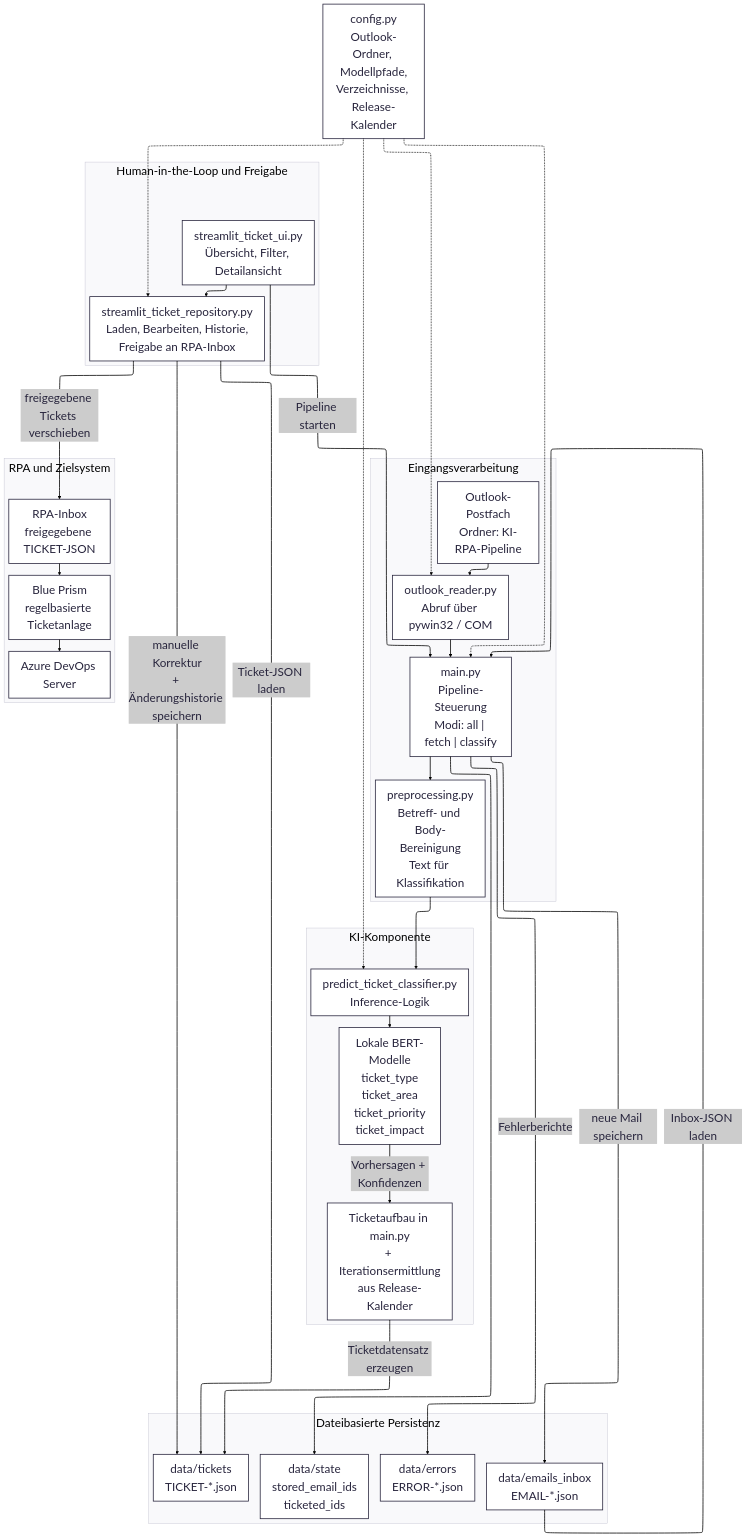
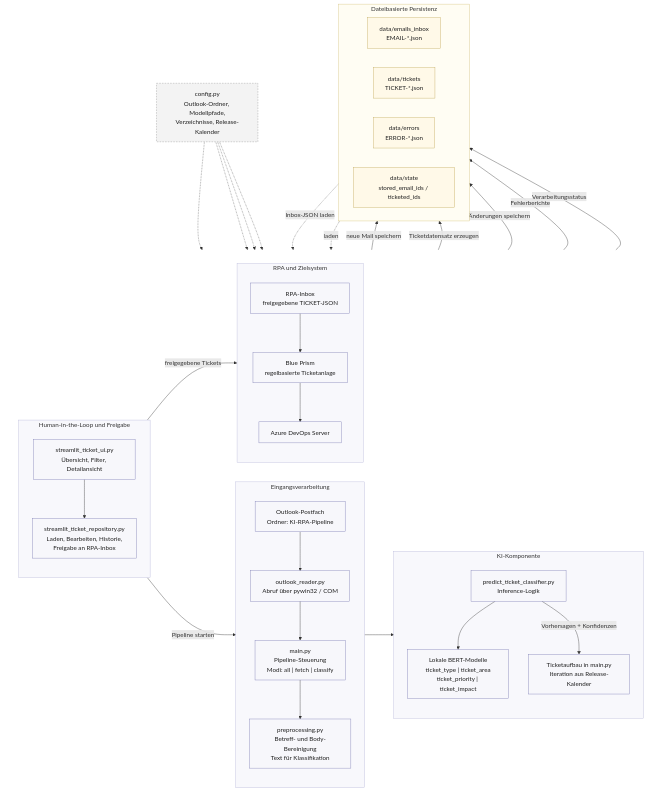
Before and after one commit to Alexbbeine/KI-RPA-Pipeline: the diagram in README.md, drawn with Mermaid.

Commit message:
added style to Systemübersicht

````diff
--- a/README.md
+++ b/README.md
@@ -95,60 +95,88 @@
 ```mermaid
----
-config:
-  layout: elk
-  theme: redux
-  look: classic
-  themeVariables:
-    fontSize: 30px
----
 flowchart TB
- subgraph IN["Eingangsverarbeitung"]
-    direction TB
-        outlook["Outlook-Postfach<br>Ordner: KI-RPA-Pipeline"]
-        reader["outlook_reader.py<br>Abruf über pywin32 / COM"]
-        main["main.py<br>Pipeline-Steuerung<br>Modi: all | fetch | classify"]
-        pre["preprocessing.py<br>Betreff- und Body-Bereinigung<br>Text für Klassifikation"]
+
+  classDef component fill:#f7f7fb,stroke:#7a7ab3,stroke-width:1px,color:#1f1f1f;
+  classDef storage fill:#fff9e8,stroke:#c1a85a,stroke-width:1px,color:#1f1f1f;
+  classDef config fill:#f3f3f3,stroke:#8f8f8f,stroke-width:1px,color:#1f1f1f,stroke-dasharray: 4 3;
+
+  config["config.py<br/>Outlook-Ordner, Modellpfade,<br/>Verzeichnisse, Release-Kalender"]
+
+  subgraph FLOW[" "]
+    direction LR
+
+    subgraph IN["Eingangsverarbeitung"]
+      direction TB
+      outlook["Outlook-Postfach<br/>Ordner: KI-RPA-Pipeline"]
+      reader["outlook_reader.py<br/>Abruf über pywin32 / COM"]
+      main["main.py<br/>Pipeline-Steuerung<br/>Modi: all | fetch | classify"]
+      pre["preprocessing.py<br/>Betreff- und Body-Bereinigung<br/>Text für Klassifikation"]
+
+      outlook --> reader --> main --> pre
+    end
+
+    subgraph KI["KI-Komponente"]
+      direction TB
+      predict["predict_ticket_classifier.py<br/>Inference-Logik"]
+      models["Lokale BERT-Modelle<br/>ticket_type | ticket_area<br/>ticket_priority | ticket_impact"]
+      build["Ticketaufbau in main.py<br/>Iteration aus Release-Kalender"]
+
+      predict --> models
+      predict -->|Vorhersagen + Konfidenzen| build
+    end
+
+    subgraph UI["Human-in-the-Loop und Freigabe"]
+      direction TB
+      streamlit["streamlit_ticket_ui.py<br/>Übersicht, Filter, Detailansicht"]
+      repo["streamlit_ticket_repository.py<br/>Laden, Bearbeiten, Historie,<br/>Freigabe an RPA-Inbox"]
+
+      streamlit --> repo
+    end
+
+    subgraph OUT["RPA und Zielsystem"]
+      direction TB
+      inbox["RPA-Inbox<br/>freigegebene TICKET-JSON"]
+      bp["Blue Prism<br/>regelbasierte Ticketanlage"]
+      ados["Azure DevOps Server"]
+
+      inbox --> bp --> ados
+    end
   end
- subgraph KI["KI-Komponente"]
-    direction TB
-        predict["predict_ticket_classifier.py<br>Inference-Logik"]
-        models["Lokale BERT-Modelle<br>ticket_type<br>ticket_area<br>ticket_priority<br>ticket_impact"]
-        ticketbuild["Ticketaufbau in main.py<br>+ Iterationsermittlung<br>aus Release-Kalender"]
+
+  subgraph DATA["Dateibasierte Persistenz"]
+    direction LR
+    emails["data/emails_inbox<br/>EMAIL-*.json"]
+    tickets["data/tickets<br/>TICKET-*.json"]
+    errors["data/errors<br/>ERROR-*.json"]
+    state["data/state<br/>stored_email_ids / ticketed_ids"]
   end
- subgraph DATA["Dateibasierte Persistenz"]
-    direction TB
-        emails["data/emails_inbox<br>EMAIL-*.json"]
-        tickets["data/tickets<br>TICKET-*.json"]
-        errors["data/errors<br>ERROR-*.json"]
-        state["data/state<br>stored_email_ids<br>ticketed_ids"]
-  end
- subgraph UI["Human-in-the-Loop und Freigabe"]
-    direction TB
-        streamlit["streamlit_ticket_ui.py<br>Übersicht, Filter, Detailansicht"]
-        repo["streamlit_ticket_repository.py<br>Laden, Bearbeiten, Historie,<br>Freigabe an RPA-Inbox"]
-  end
- subgraph OUT["RPA und Zielsystem"]
-    direction TB
-        rpa_inbox["RPA-Inbox<br>freigegebene TICKET-JSON"]
-        bp["Blue Prism<br>regelbasierte Ticketanlage"]
-        ados["Azure DevOps Server"]
-  end
-    outlook --> reader
-    reader --> main
-    main -- neue Mail speichern --> emails
-    main --> state & pre
-    emails -- "Inbox-JSON laden" --> main
-    pre --> predict
-    predict --> models
-    models -- Vorhersagen + Konfidenzen --> ticketbuild
-    ticketbuild -- Ticketdatensatz erzeugen --> tickets
-    main -- Fehlerberichte --> errors
-    streamlit -- Pipeline starten --> main
-    streamlit --> repo
-    repo -- "Ticket-JSON laden" --> tickets
-    repo -- manuelle Korrektur<br>+ Änderungshistorie speichern --> tickets
-    repo -- freigegebene Tickets verschieben --> rpa_inbox
-    rpa_inbox --> bp
-    bp --> ados
-    config["config.py<br>Outlook-Ordner, Modellpfade,<br>Verzeichnisse, Release-Kalender"] -.-> reader & main & predict & repo
+
+  pre --> predict
+  streamlit -->|Pipeline starten| main
+
+  main -->|neue Mail speichern| emails
+  emails -.->|Inbox-JSON laden| main
+
+  build -->|Ticketdatensatz erzeugen| tickets
+  tickets -.->|laden| repo
+  repo -->|Änderungen speichern| tickets
+  repo -->|freigegebene Tickets| inbox
+
+  main -->|Fehlerberichte| errors
+  main -->|Verarbeitungsstatus| state
+
+  config -.-> reader
+  config -.-> main
+  config -.-> predict
+  config -.-> repo
+
+  class outlook,reader,main,pre,predict,models,build,streamlit,repo,inbox,bp,ados component;
+  class emails,tickets,errors,state storage;
+  class config config;
+
+  style FLOW fill:none,stroke:none
+  style IN fill:#f8f8fc,stroke:#b7b7d9,stroke-width:1px
+  style KI fill:#f8f8fc,stroke:#b7b7d9,stroke-width:1px
+  style UI fill:#f8f8fc,stroke:#b7b7d9,stroke-width:1px
+  style OUT fill:#f8f8fc,stroke:#b7b7d9,stroke-width:1px
+  style DATA fill:#fffdf3,stroke:#d4c27c,stroke-width:1px
   ```
````
